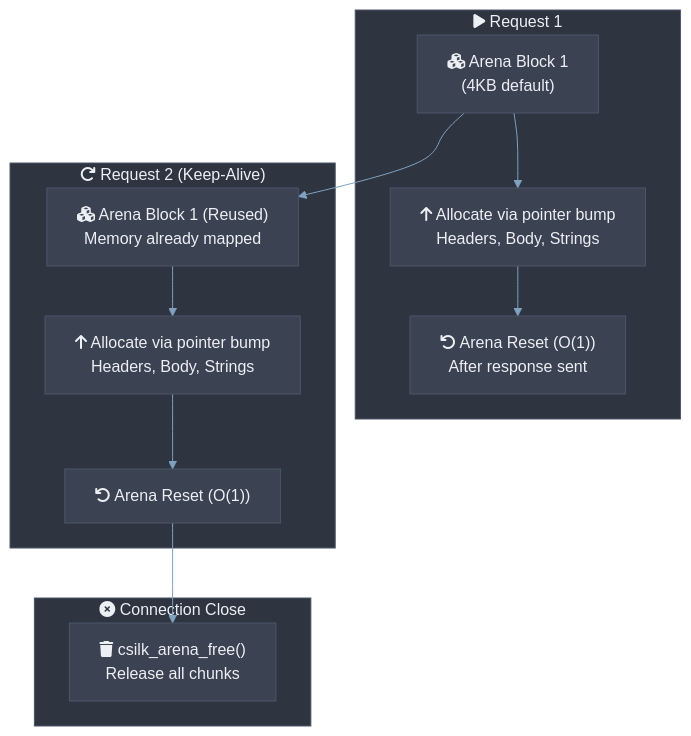
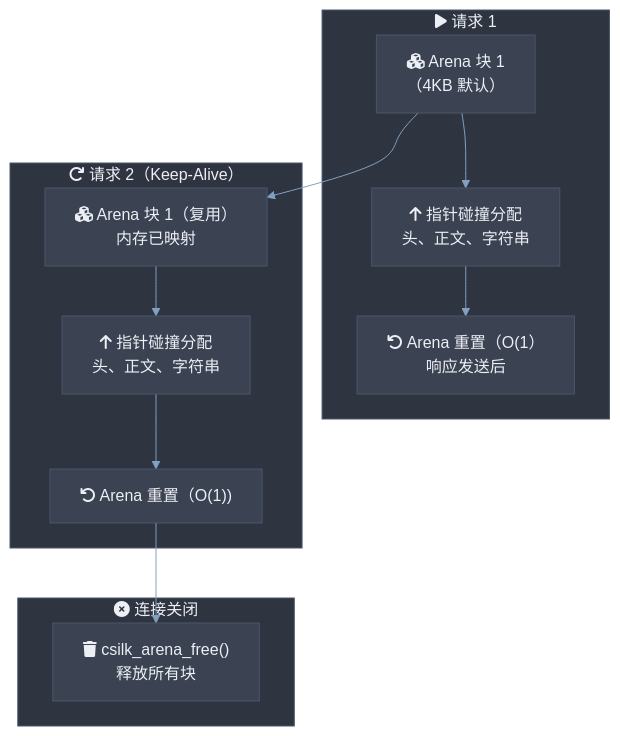
The fourth of 12 diagrams in docs/zh-CN/architecture.md (quintin-lee/csilk), drawn with Mermaid before and after one commit. The commit also changed other lines of this file and 1 other file, not shown here.

Commit message:
docs(zh-CN): 📝 refine Chinese translations for architecture and getting-started

````diff
--- a/docs/zh-CN/architecture.md
+++ b/docs/zh-CN/architecture.md
@@ -242,43 +250,43 @@
 ```mermaid
 %%{init: {
   'theme': 'base',
   'themeVariables': {
     'background': '#2E3440',
     'primaryColor': '#81A1C1',
     'primaryBorderColor': '#4C566A',
     'primaryTextColor': '#ECEFF4',
     'secondaryColor': '#3B4252',
     'secondaryBorderColor': '#434C5E',
     'secondaryTextColor': '#D8DEE9',
     'lineColor': '#81A1C1',
     'textColor': '#ECEFF4',
     'mainBkg': '#3B4252',
     'nodeBorder': '#4C566A',
     'clusterBkg': '#2E3440',
     'clusterBorder': '#4C566A',
     'titleColor': '#ECEFF4',
     'edgeLabelBackground': '#3B4252',
     'nodeTextColor': '#ECEFF4'
   },
   'flowchart': {'htmlLabels': true, 'curve': 'basis'}
 }}%%
 flowchart TB
-    subgraph req1["fa:fa-play Request 1"]
-        A1["fa:fa-cubes Arena Block 1\n(4KB default)"]
-        A1 --> P1["fa:fa-arrow-up Allocate via pointer bump\nHeaders, Body, Strings"]
-        P1 --> F1["fa:fa-undo Arena Reset (O(1))\nAfter response sent"]
+    subgraph req1["fa:fa-play 请求 1"]
+        A1["fa:fa-cubes Arena 块 1<br/>（4KB 默认）"]
+        A1 --> P1["fa:fa-arrow-up 指针碰撞分配<br/>头、正文、字符串"]
+        P1 --> F1["fa:fa-undo Arena 重置（O(1）<br/>响应发送后"]
     end
 
-    subgraph req2["fa:fa-redo Request 2 (Keep-Alive)"]
-        A2["fa:fa-cubes Arena Block 1 (Reused)\nMemory already mapped"]
-        A2 --> P2["fa:fa-arrow-up Allocate via pointer bump\nHeaders, Body, Strings"]
-        P2 --> F2["fa:fa-undo Arena Reset (O(1))"]
+    subgraph req2["fa:fa-redo 请求 2（Keep-Alive）"]
+        A2["fa:fa-cubes Arena 块 1（复用）<br/>内存已映射"]
+        A2 --> P2["fa:fa-arrow-up 指针碰撞分配<br/>头、正文、字符串"]
+        P2 --> F2["fa:fa-undo Arena 重置（O(1))"]
     end
 
-    subgraph conn_close["fa:fa-times-circle Connection Close"]
-        FREE["fa:fa-trash csilk_arena_free()\nRelease all chunks"]
+    subgraph conn_close["fa:fa-times-circle 连接关闭"]
+        FREE["fa:fa-trash csilk_arena_free()<br/>释放所有块"]
     end
 
     A1 --> A2
     F2 --> FREE
 ```
````
